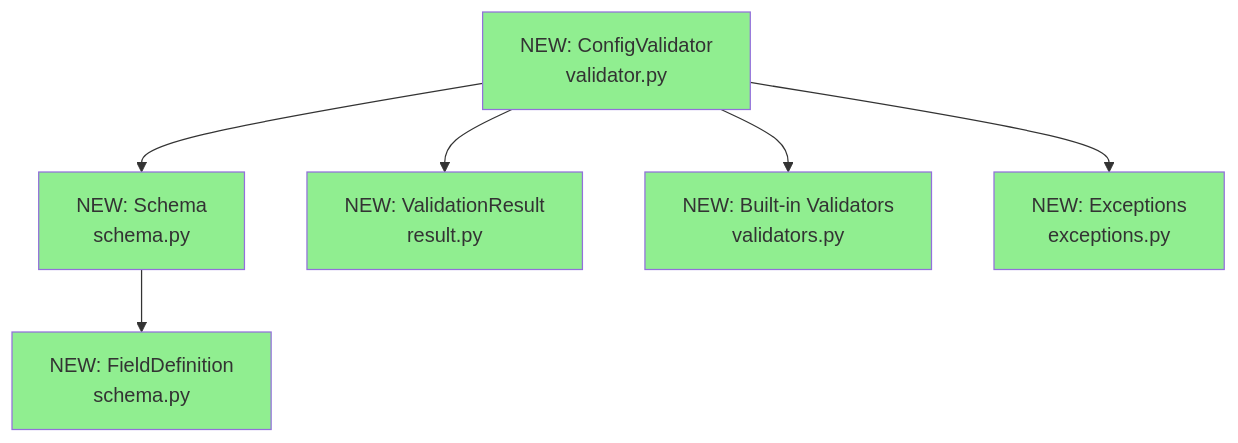
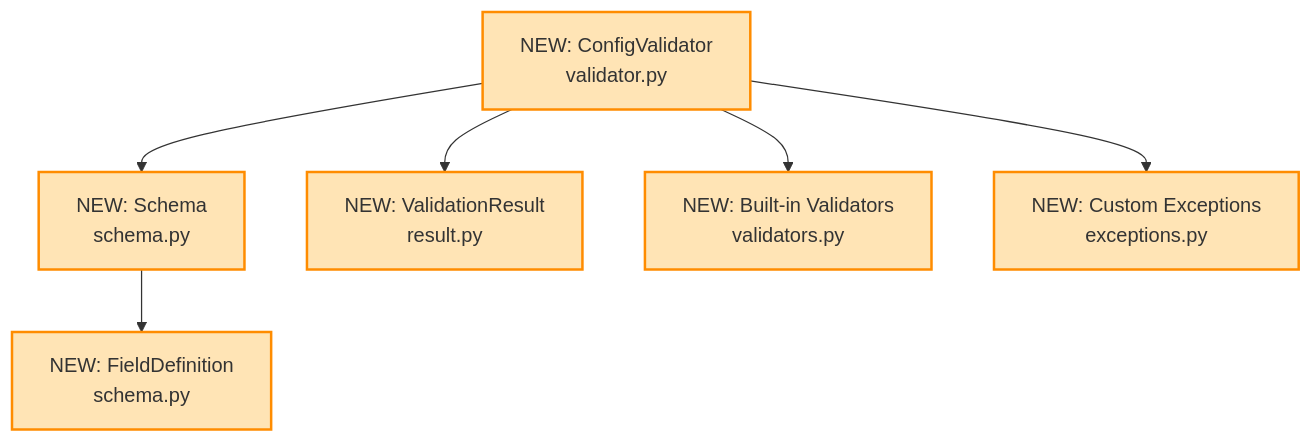
One commit to mplemay/belgie changed the fourth of 4 diagrams in design/000-design-example.md. Above: the diagram before and after it, drawn with Mermaid. The commit also changed other lines of this file and 1 other file, not shown here.

````diff
--- a/design/000-design-example.md
+++ b/design/000-design-example.md
@@ -90,22 +91,22 @@
 ```mermaid
 graph TD
     ConfigValidator[NEW: ConfigValidator<br/>validator.py]
     Schema[NEW: Schema<br/>schema.py]
     FieldDef[NEW: FieldDefinition<br/>schema.py]
     ValidationResult[NEW: ValidationResult<br/>result.py]
     Validators[NEW: Built-in Validators<br/>validators.py]
-    Exceptions[NEW: Exceptions<br/>exceptions.py]
+    Exceptions[NEW: Custom Exceptions<br/>exceptions.py]
 
     ConfigValidator --> Schema
     ConfigValidator --> ValidationResult
     ConfigValidator --> Validators
     ConfigValidator --> Exceptions
     Schema --> FieldDef
 
-    style ConfigValidator fill:#90EE90
-    style Schema fill:#90EE90
-    style FieldDef fill:#90EE90
-    style ValidationResult fill:#90EE90
-    style Validators fill:#90EE90
-    style Exceptions fill:#90EE90
+    style ConfigValidator fill:#FFE4B5,stroke:#FF8C00,stroke-width:2px
+    style Schema fill:#FFE4B5,stroke:#FF8C00,stroke-width:2px
+    style FieldDef fill:#FFE4B5,stroke:#FF8C00,stroke-width:2px
+    style ValidationResult fill:#FFE4B5,stroke:#FF8C00,stroke-width:2px
+    style Validators fill:#FFE4B5,stroke:#FF8C00,stroke-width:2px
+    style Exceptions fill:#FFE4B5,stroke:#FF8C00,stroke-width:2px
 ```
````
